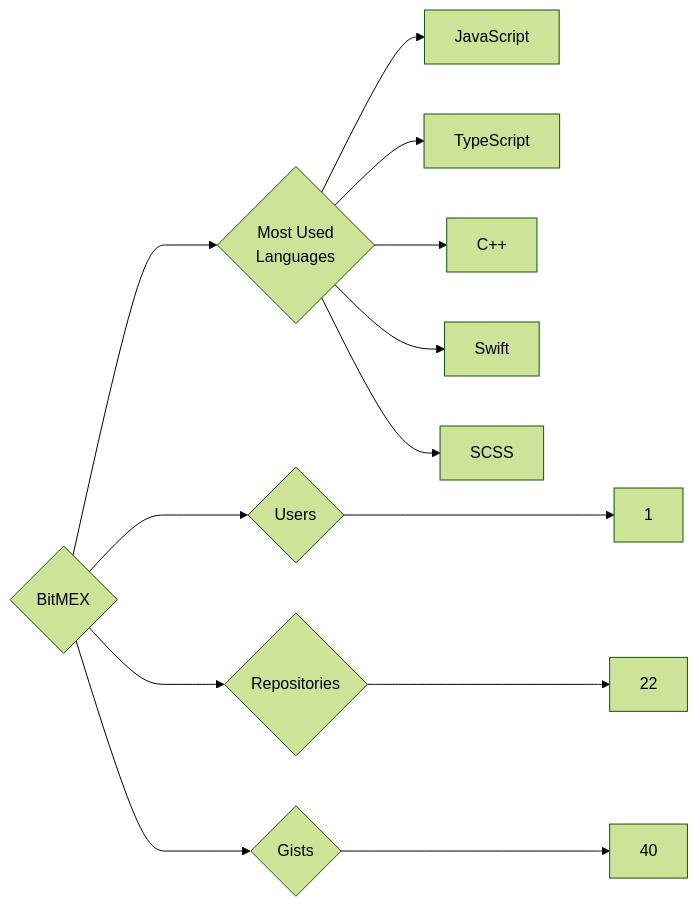
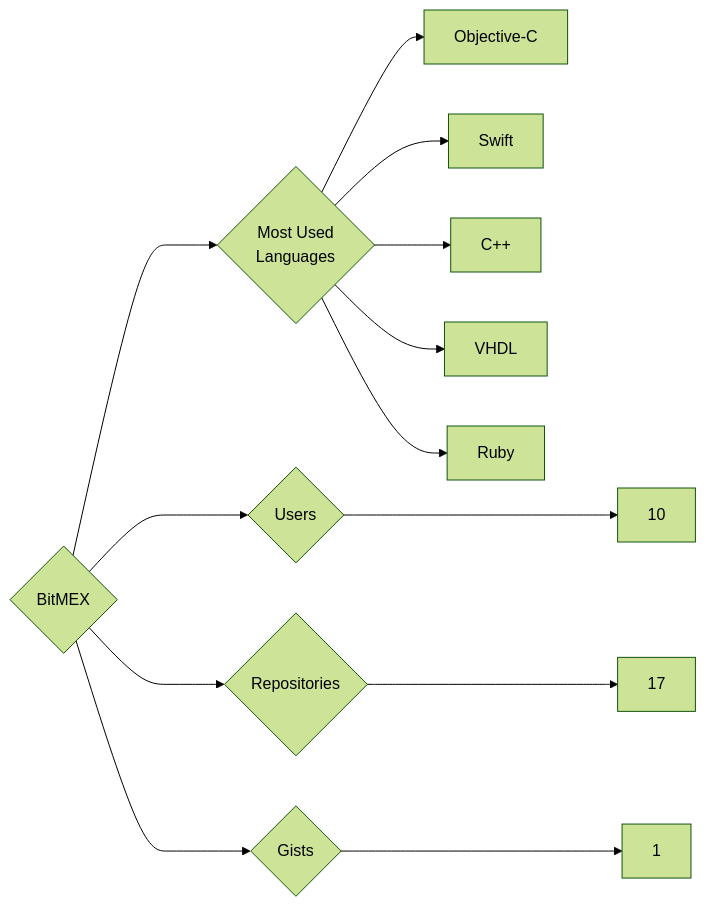
Before and after one commit to trickest/insiders: the diagram in targets/BitMEX/README.md, drawn with Mermaid (forest theme). The commit also changed 814 other files, not shown here.

````diff
--- a/targets/BitMEX/README.md
+++ b/targets/BitMEX/README.md
@@ -3,13 +3,13 @@
 ```mermaid
 graph LR
 COMPANY_NAME{BitMEX}
-COMPANY_NAME ---> U{Users} ---> UN[1]
-COMPANY_NAME ---> R{Repositories} ---> RN[22]
-COMPANY_NAME ---> G{Gists} ---> GN[40]
+COMPANY_NAME ---> U{Users} ---> UN[10]
+COMPANY_NAME ---> R{Repositories} ---> RN[17]
+COMPANY_NAME ---> G{Gists} ---> GN[1]
 COMPANY_NAME ---> ML{Most Used<br>Languages}
-ML --> JavaScript[JavaScript]
-ML --> TypeScript[TypeScript]
+ML --> Objective-C[Objective-C]
+ML --> Swift[Swift]
 ML --> C++[C++]
-ML --> Swift[Swift]
-ML --> SCSS[SCSS]
+ML --> VHDL[VHDL]
+ML --> Ruby[Ruby]
 ```
````
